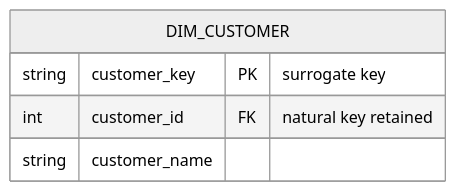
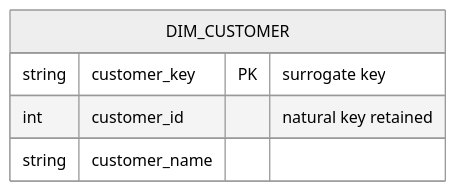
Before and after one commit to ducchetrongminh/vitlamdata_dbt_postgres: the second of 7 diagrams in docs/dimensional-modeling-standards.md, drawn with Mermaid (neutral theme). The commit also changed other lines of this file and 1 other file, not shown here.

````diff
--- a/docs/dimensional-modeling-standards.md
+++ b/docs/dimensional-modeling-standards.md
@@ -66,8 +66,8 @@
 ```mermaid
 erDiagram
     DIM_CUSTOMER {
         string customer_key PK "surrogate key"
-        int customer_id FK "natural key retained"
+        int customer_id "natural key retained"
         string customer_name
     }
 ```
````
